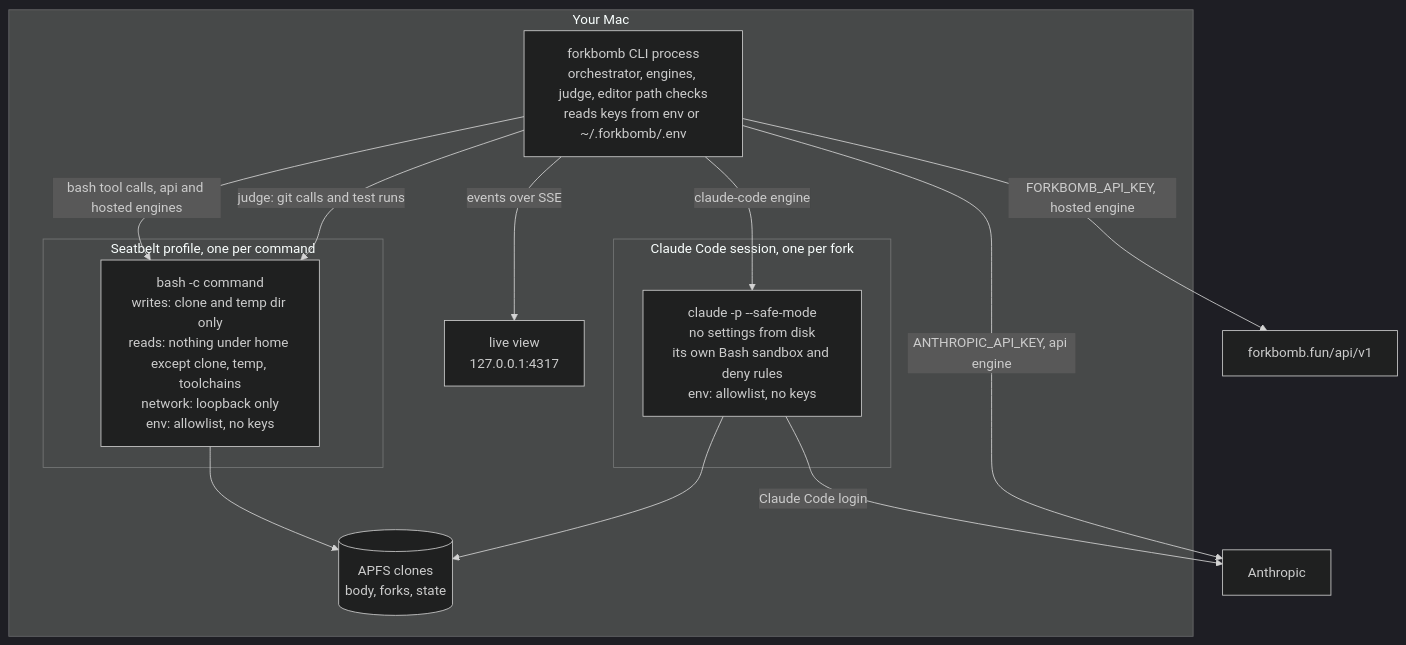
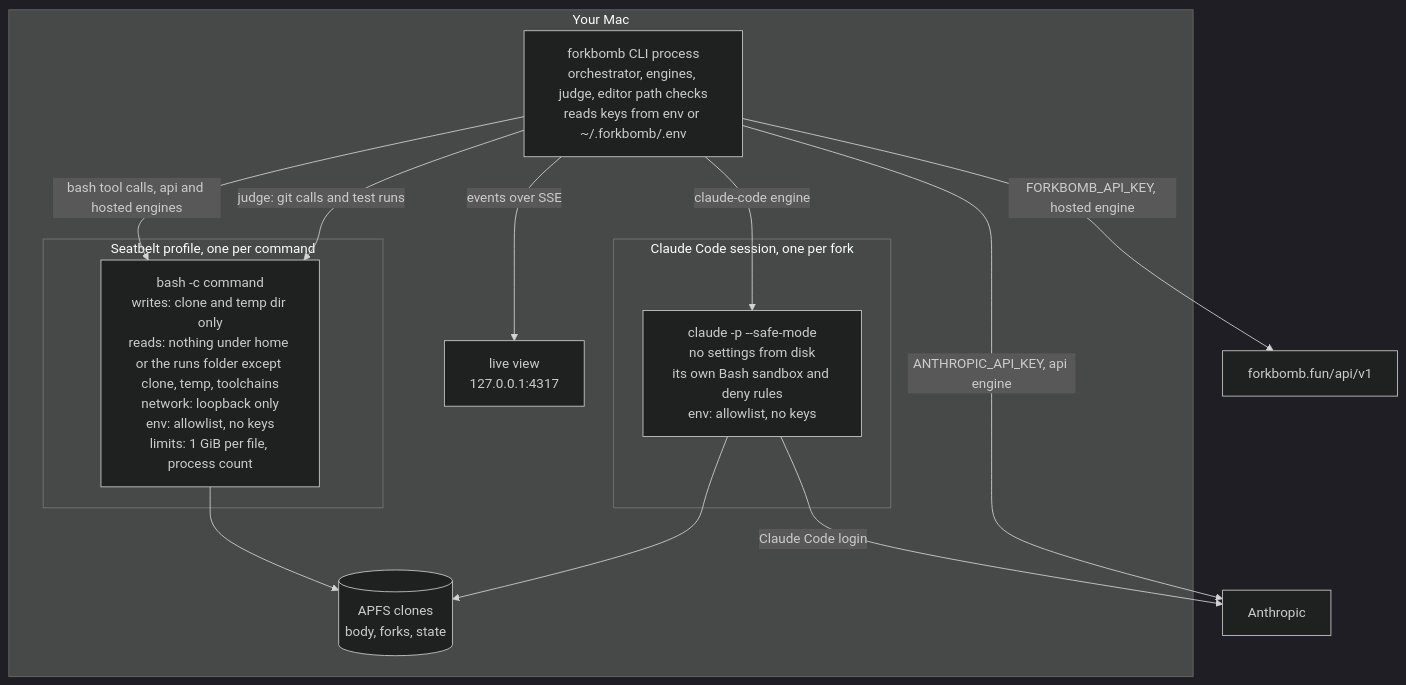
One commit to plvgger/forkbomb changed the second of 3 diagrams in docs/ARCHITECTURE.md. Above: the diagram before and after it, drawn with Mermaid (dark theme). The commit also changed other lines of this file and 2 other files, not shown here.

````diff
--- a/docs/ARCHITECTURE.md
+++ b/docs/ARCHITECTURE.md
@@ -241,25 +244,25 @@
 ```mermaid
 flowchart TB
     subgraph mac["Your Mac"]
         cli["forkbomb CLI process<br/>orchestrator, engines, judge, editor path checks<br/>reads keys from env or ~/.forkbomb/.env"]
         subgraph seatbelt["Seatbelt profile, one per command"]
-            sh["bash -c command<br/>writes: clone and temp dir only<br/>reads: nothing under home except clone, temp, toolchains<br/>network: loopback only<br/>env: allowlist, no keys"]
+            sh["bash -c command<br/>writes: clone and temp dir only<br/>reads: nothing under home or the runs folder except clone, temp, toolchains<br/>network: loopback only<br/>env: allowlist, no keys<br/>limits: 1 GiB per file, process count"]
         end
         subgraph claude["Claude Code session, one per fork"]
             cc["claude -p --safe-mode<br/>no settings from disk<br/>its own Bash sandbox and deny rules<br/>env: allowlist, no keys"]
         end
         disk[("APFS clones<br/>body, forks, state")]
         ui["live view<br/>127.0.0.1:4317"]
     end
     anthropic["Anthropic"]
     gateway["forkbomb.fun/api/v1"]
     cli -->|"bash tool calls, api and hosted engines"| sh
     cli -->|"judge: git calls and test runs"| sh
     cli -->|"claude-code engine"| cc
     sh --> disk
     cc --> disk
     cc -->|"Claude Code login"| anthropic
     cli -->|"ANTHROPIC_API_KEY, api engine"| anthropic
     cli -->|"FORKBOMB_API_KEY, hosted engine"| gateway
     cli -->|"events over SSE"| ui
 ```
````
